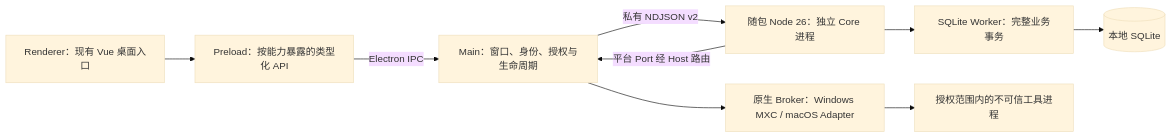
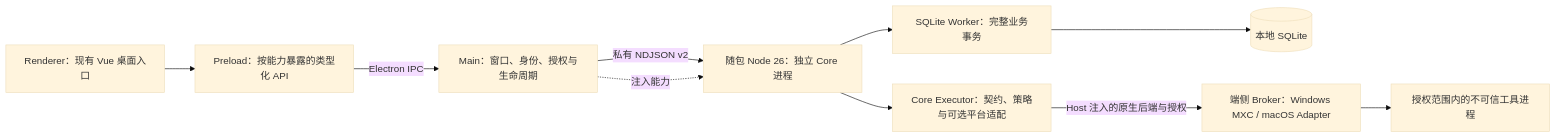
Before and after one commit to Coffeiz/Gugu-web: the second of 2 diagrams in docs/refactor/Gugu-2.0-架构与迁移任务清单.md, drawn with Mermaid (base theme). The commit also changed other lines of this file and 3 other files, not shown here.

````diff
--- a/docs/refactor/Gugu-2.0-架构与迁移任务清单.md
+++ b/docs/refactor/Gugu-2.0-架构与迁移任务清单.md
@@ -52,11 +52,12 @@
 ```mermaid
 flowchart LR
     UI["Renderer：现有 Vue 桌面入口"] --> Preload["Preload：按能力暴露的类型化 API"]
     Preload -->|Electron IPC| Main["Main：窗口、身份、授权与生命周期"]
     Main -->|私有 NDJSON v2| Core["随包 Node 26：独立 Core 进程"]
     Core --> Worker["SQLite Worker：完整业务事务"]
     Worker --> DB[("本地 SQLite")]
-    Core -->|平台 Port 经 Host 路由| Main
-    Main --> Broker["原生 Broker：Windows MXC / macOS Adapter"]
+    Core --> Executor["Core Executor：契约、策略与可选平台适配"]
+    Executor -->|Host 注入的原生后端与授权| Broker["端侧 Broker：Windows MXC / macOS Adapter"]
+    Main -. 注入能力 .-> Core
     Broker --> Task["授权范围内的不可信工具进程"]
 ```
````
